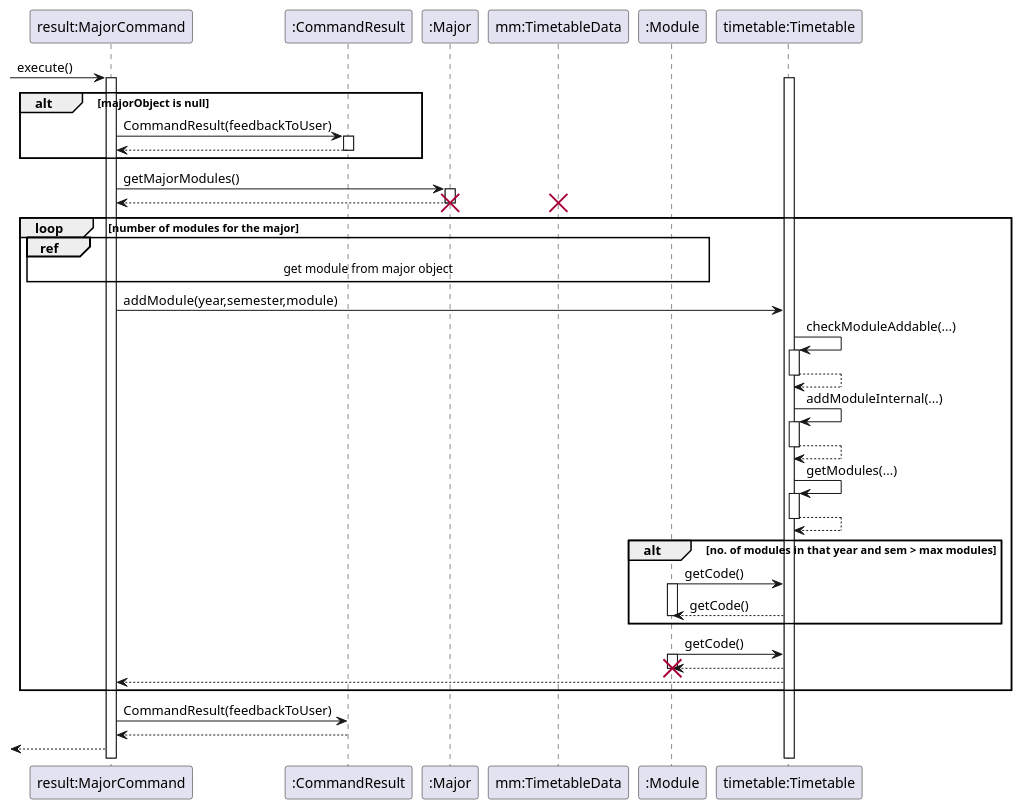
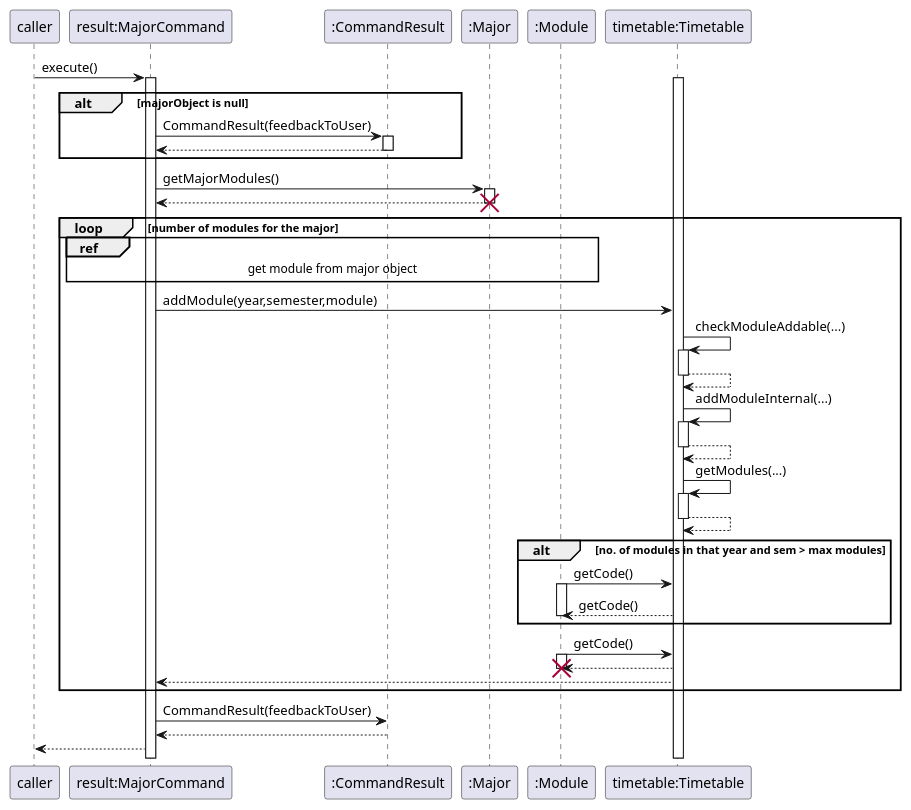
One commit to mendax1234/tp changed the diagram in docs/diagrams/majorCommand.puml. Above: the diagram before and after it, drawn with PlantUML. The commit also changed 3 other files, not shown here.

Commit message:
Minor fix to MajorCommand sequence diagrams

```diff
--- a/docs/diagrams/majorCommand.puml
+++ b/docs/diagrams/majorCommand.puml
@@ -1,66 +1,65 @@
 @startuml
 'https://plantuml.com/sequence-diagram
 
+participant "caller"
 participant "result:MajorCommand"
 participant ":CommandResult"
 participant ":Major"
-participant "mm:TimetableData"
 participant ":Module"
 participant "timetable:Timetable"
 
-[-> "result:MajorCommand": execute()
+caller-> "result:MajorCommand": execute()
 activate "result:MajorCommand"
 activate "timetable:Timetable"
 alt majorObject is null
     "result:MajorCommand" -> ":CommandResult": CommandResult(feedbackToUser)
     activate ":CommandResult"
     "result:MajorCommand" <-- ":CommandResult"
     deactivate ":CommandResult"
 end
 "result:MajorCommand" -> ":Major":getMajorModules()
 activate ":Major"
 "result:MajorCommand" <-- ":Major"
 destroy ":Major"
 loop number of modules for the major
     ref over "result:MajorCommand", ":Module": get module from major object
-    destroy "mm:TimetableData"
     "result:MajorCommand" -> "timetable:Timetable": addModule(year,semester,module)
 
     "timetable:Timetable" -> "timetable:Timetable": checkModuleAddable(...)
     activate "timetable:Timetable"
     "timetable:Timetable" --> "timetable:Timetable"
     deactivate "timetable:Timetable"
 
     "timetable:Timetable" -> "timetable:Timetable": addModuleInternal(...)
     activate "timetable:Timetable"
     "timetable:Timetable" --> "timetable:Timetable"
     deactivate "timetable:Timetable"
 
     "timetable:Timetable" -> "timetable:Timetable": getModules(...)
     activate "timetable:Timetable"
     "timetable:Timetable" --> "timetable:Timetable"
     deactivate "timetable:Timetable"
 
     alt no. of modules in that year and sem > max modules
         "timetable:Timetable" <- ":Module": getCode()
         activate ":Module"
         "timetable:Timetable" --> ":Module": getCode()
         deactivate ":Module"
 
     end alt
 
     "timetable:Timetable" <- ":Module": getCode()
     activate ":Module"
     "timetable:Timetable" --> ":Module"
     destroy ":Module"
 
     "result:MajorCommand" <-- "timetable:Timetable"
 end
 
 "result:MajorCommand" -> ":CommandResult": CommandResult(feedbackToUser)
 "result:MajorCommand" <-- ":CommandResult"
 
-[<--"result:MajorCommand"
+caller<--"result:MajorCommand"
 
 
 @enduml
```
